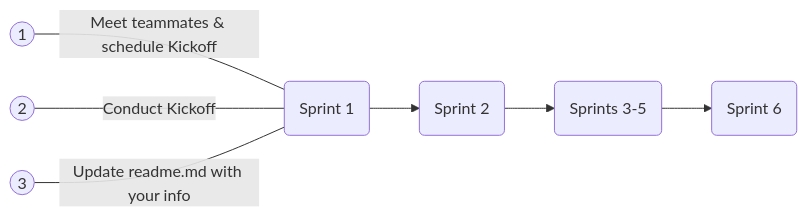
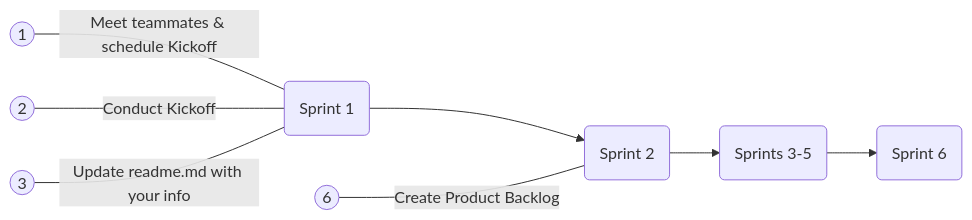
One commit to chingu-voyages/Handbook changed the second of 2 diagrams in docs/guides/voyage/voyage.md. Above: the diagram before and after it, drawn with Mermaid.

Commit message:
Feature: Add new Voyage Process diagram

````diff
--- a/docs/guides/voyage/voyage.md
+++ b/docs/guides/voyage/voyage.md
@@ -243,17 +243,20 @@
 ```mermaid
 graph LR
   SPRINT1("Sprint 1")
   SPRINT2("Sprint 2")
   SPRINT1-->SPRINT2
   SPRINT35("Sprints 3-5")
   SPRINT2-->SPRINT35
   SPRINT6("Sprint 6")
   SPRINT35-->SPRINT6
 
   STEP1(("1"))
   STEP1-- Meet teammates & schedule Kickoff ---SPRINT1
   STEP2(("2"))
   STEP2-- Conduct Kickoff ---SPRINT1
   STEP3(("3"))
   STEP3-- Update readme.md with your info ---SPRINT1
+
+  STEP6(("6"))
+  STEP6-- Create Product Backlog ---SPRINT2
 ```
````
